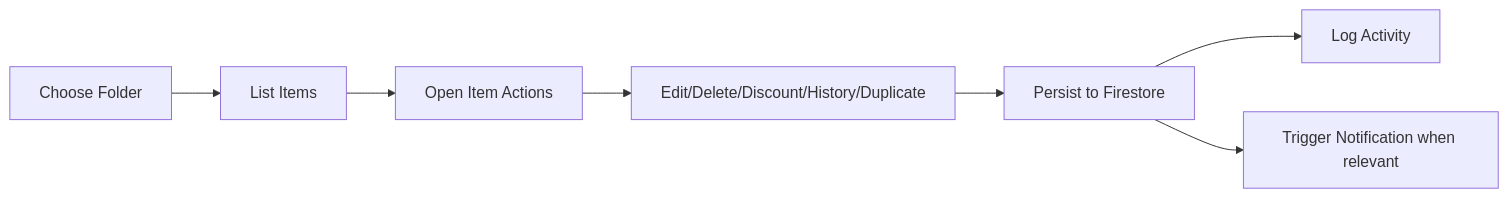
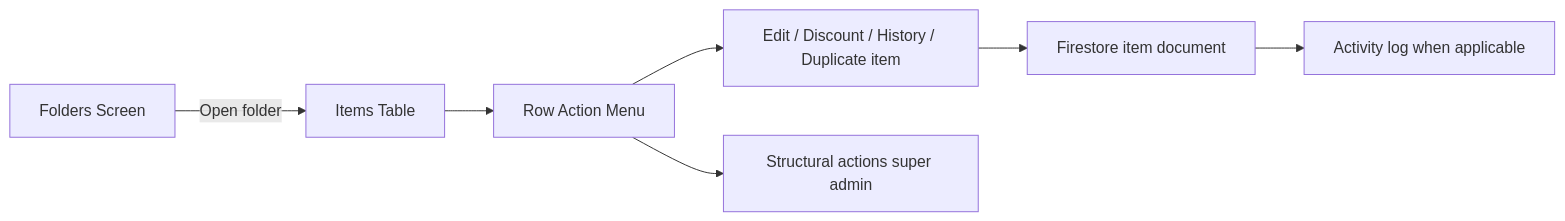
Before and after one commit to GozzAgu/storv-ui: the second of 3 diagrams in docs/STORVV_APP_FLOW.md, drawn with Mermaid. The commit also changed other lines of this file and 2 other files, not shown here.

````diff
--- a/docs/STORVV_APP_FLOW.md
+++ b/docs/STORVV_APP_FLOW.md
@@ -90,9 +193,9 @@
 ```mermaid
 flowchart LR
-    A[Choose Folder] --> B[List Items]
-    B --> C[Open Item Actions]
-    C --> D[Edit/Delete/Discount/History/Duplicate]
-    D --> E[Persist to Firestore]
-    E --> F[Log Activity]
-    E --> G[Trigger Notification when relevant]
+    A[Folders Screen] -->|Open folder| B[Items Table]
+    B --> C[Row Action Menu]
+    C --> D[Edit / Discount / History / Duplicate item]
+    C --> E[Structural actions super admin]
+    D --> F[Firestore item document]
+    F --> G[Activity log when applicable]
 ```
````
